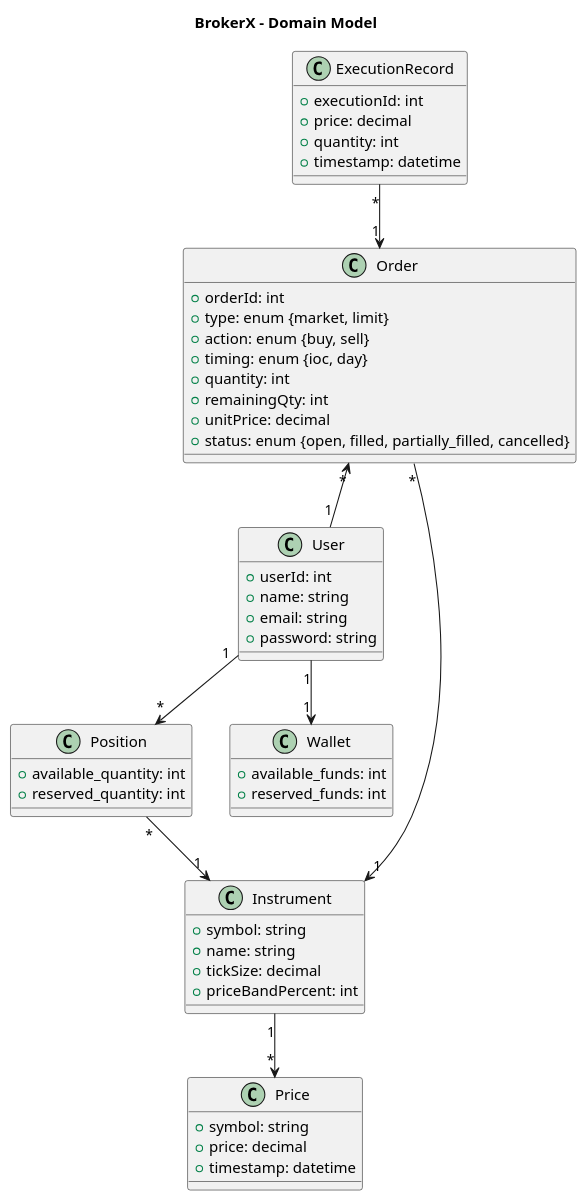
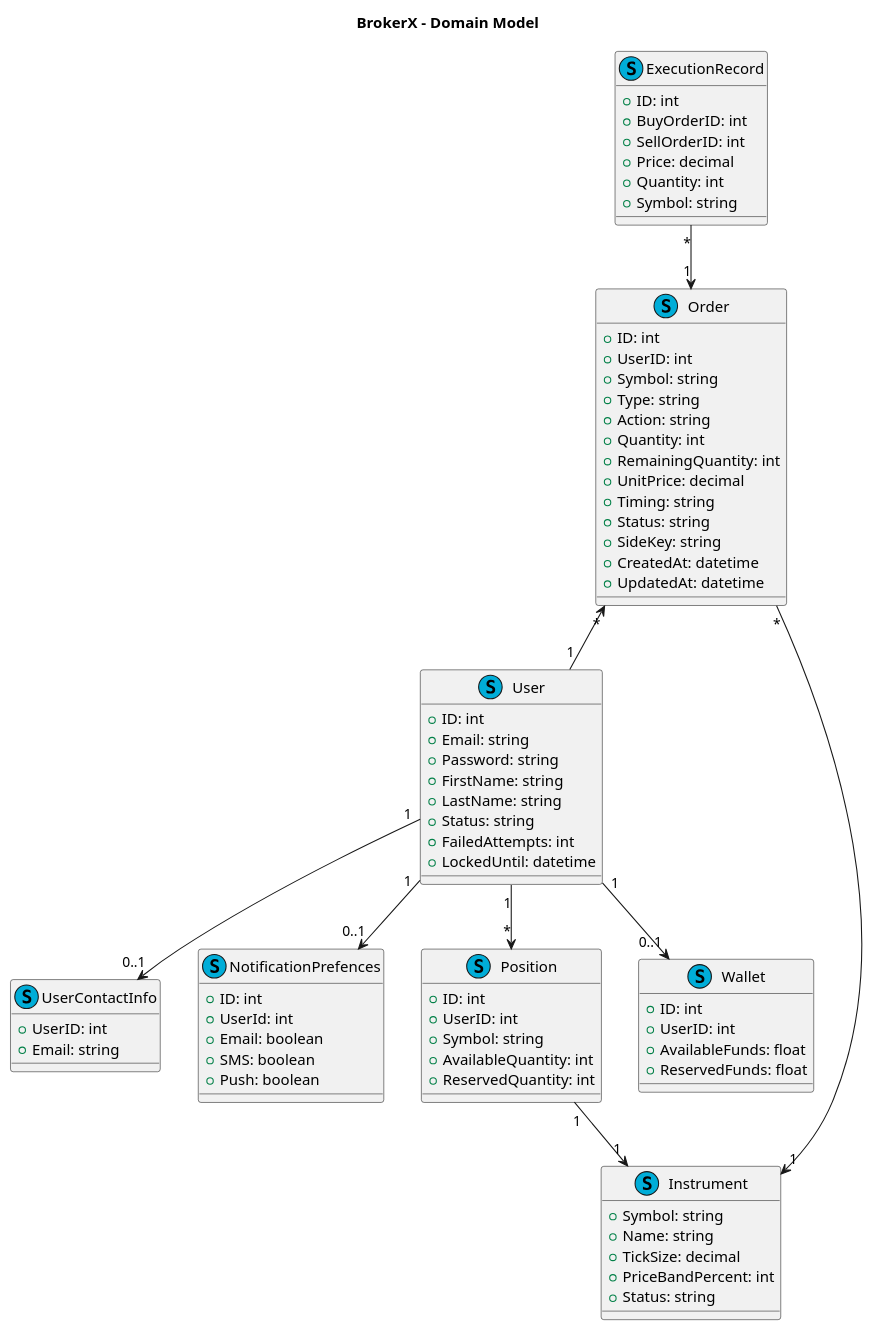
The diagram in docs/class_diagram.puml (cjayneb/log430-project), drawn with PlantUML before and after one commit. The commit also changed 23 other files, not shown here.

```diff
--- a/docs/class_diagram.puml
+++ b/docs/class_diagram.puml
@@ -1,61 +1,86 @@
 @startuml
 title BrokerX - Domain Model
 
-class User {
-  +userId: int
-  +name: string
-  +email: string
-  +password: string
+class User << (S, #00ADD8) >> {
+  +ID: int
+  +Email: string
+  +Password: string
+  +FirstName: string
+  +LastName: string
+  +Status: string
+  +FailedAttempts: int
+  +LockedUntil: datetime
 }
 
-class Position {
-  +available_quantity: int
-  +reserved_quantity: int
+class UserContactInfo << (S, #00ADD8) >> {
+  +UserID: int
+  +Email: string
 }
 
-class Wallet {
-  +available_funds: int
-  +reserved_funds: int
+class NotificationPrefences << (S, #00ADD8) >> {
+  +ID: int
+  +UserId: int
+  +Email: boolean
+  +SMS: boolean
+  +Push: boolean
 }
 
-class Instrument {
-  +symbol: string
-  +name: string
-  +tickSize: decimal
-  +priceBandPercent: int
+class Position << (S, #00ADD8) >> {
+  +ID: int
+  +UserID: int
+  +Symbol: string
+  +AvailableQuantity: int
+  +ReservedQuantity: int
 }
 
-class Order {
-  +orderId: int
-  +type: enum {market, limit}
-  +action: enum {buy, sell}
-  +timing: enum {ioc, day}
-  +quantity: int
-  +remainingQty: int
-  +unitPrice: decimal
-  +status: enum {open, filled, partially_filled, cancelled}
+class Wallet << (S, #00ADD8) >> {
+  +ID: int
+  +UserID: int
+  +AvailableFunds: float
+  +ReservedFunds: float
 }
 
-class ExecutionRecord {
-  +executionId: int
-  +price: decimal
-  +quantity: int
-  +timestamp: datetime
+class Instrument << (S, #00ADD8) >> {
+  +Symbol: string
+  +Name: string
+  +TickSize: decimal
+  +PriceBandPercent: int
+  +Status: string
 }
 
-class Price {
-  +symbol: string
-  +price: decimal
-  +timestamp: datetime
+class Order << (S, #00ADD8) >> {
+  +ID: int
+  +UserID: int
+  +Symbol: string
+  +Type: string
+  +Action: string
+  +Quantity: int
+  +RemainingQuantity: int
+  +UnitPrice: decimal
+  +Timing: string
+  +Status: string
+  +SideKey: string
+  +CreatedAt: datetime
+  +UpdatedAt: datetime
+}
+
+class ExecutionRecord << (S, #00ADD8) >> {
+  +ID: int
+  +BuyOrderID: int
+  +SellOrderID: int
+  +Price: decimal
+  +Quantity: int
+  +Symbol: string
 }
 
 ' Relationships
 User "1" --> "*" Position
-User "1" --> "1" Wallet
-Position "*" --> "1" Instrument
+User "1" --> "0..1" Wallet
+User "1" --> "0..1" NotificationPrefences
+User "1" --> "0..1" UserContactInfo
+Position "1" --> "1" Instrument
 Order "*" <-- "1" User
 Order "*" --> "1" Instrument
 ExecutionRecord "*" --> "1" Order
-Instrument "1" --> "*" Price
 
 @enduml
```
